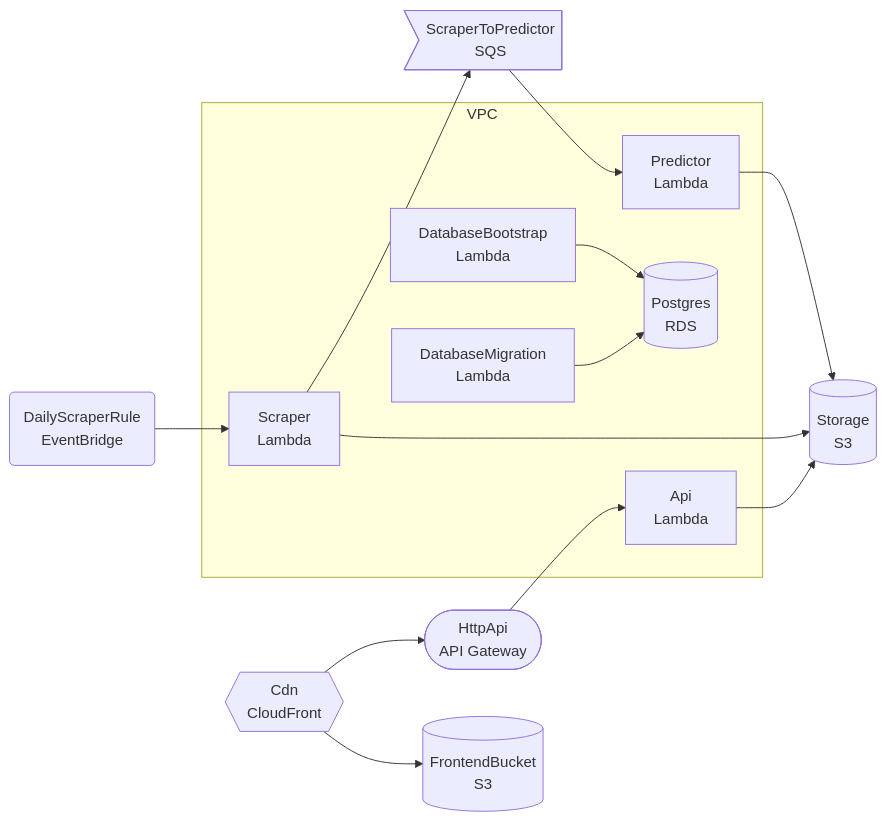
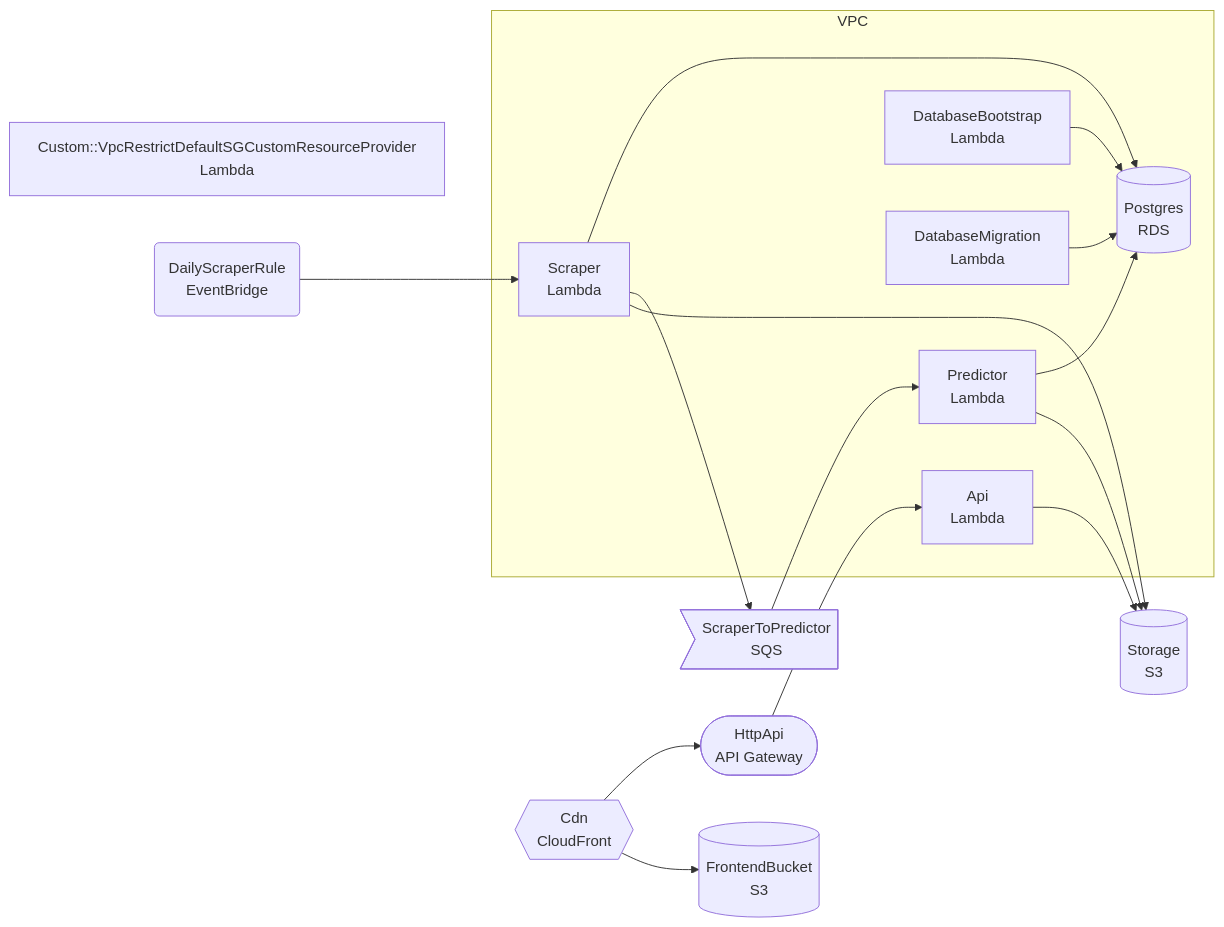
The first of 2 diagrams in README.md (dagda1/match-predictor), drawn with Mermaid before and after one commit. The commit also changed 7 other files, not shown here.

````diff
--- a/README.md
+++ b/README.md
@@ -95,28 +95,31 @@
 ```mermaid
 graph LR
   subgraph VPC
     ApiApiFunctionAA82C666["Api<br/>Lambda"]
     DatabaseBootstrapHandlerFunction53F1278C["DatabaseBootstrap<br/>Lambda"]
     DatabaseMigrationHandlerFunction71FE854B["DatabaseMigration<br/>Lambda"]
     DatabasePostgres277EF4CB[("Postgres<br/>RDS")]
     EtlFunctionsPredictorFunctionE33E3D43["Predictor<br/>Lambda"]
     EtlFunctionsScraperFunctionF099BA00["Scraper<br/>Lambda"]
   end
   ApiHttpApi4C294DC0(["HttpApi<br/>API Gateway"])
   CdnDistribution149FA6C8{{"Cdn<br/>CloudFront"}}
+  CustomVpcRestrictDefaultSGCustomResourceProviderHandlerDC833E5E["Custom::VpcRestrictDefaultSGCustomResourceProvider<br/>Lambda"]
   EventBridgeDailyScraperRule9BFD8304("DailyScraperRule<br/>EventBridge")
   QueuingScraperToPredictor12C65B00>"ScraperToPredictor<br/>SQS"]
   StorageBucket5CB7C8EA[("Storage<br/>S3")]
   StorageFrontendBucketC065FEEF[("FrontendBucket<br/>S3")]
   ApiApiFunctionAA82C666 --> StorageBucket5CB7C8EA
   ApiHttpApi4C294DC0 --> ApiApiFunctionAA82C666
   CdnDistribution149FA6C8 --> ApiHttpApi4C294DC0
   CdnDistribution149FA6C8 --> StorageFrontendBucketC065FEEF
   DatabaseBootstrapHandlerFunction53F1278C --> DatabasePostgres277EF4CB
   DatabaseMigrationHandlerFunction71FE854B --> DatabasePostgres277EF4CB
+  EtlFunctionsPredictorFunctionE33E3D43 --> DatabasePostgres277EF4CB
   EtlFunctionsPredictorFunctionE33E3D43 --> StorageBucket5CB7C8EA
+  EtlFunctionsScraperFunctionF099BA00 --> DatabasePostgres277EF4CB
   EtlFunctionsScraperFunctionF099BA00 --> QueuingScraperToPredictor12C65B00
   EtlFunctionsScraperFunctionF099BA00 --> StorageBucket5CB7C8EA
   EventBridgeDailyScraperRule9BFD8304 --> EtlFunctionsScraperFunctionF099BA00
   QueuingScraperToPredictor12C65B00 --> EtlFunctionsPredictorFunctionE33E3D43
 ```
````
